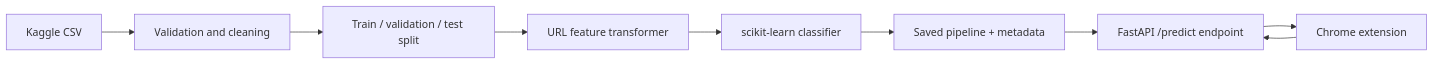
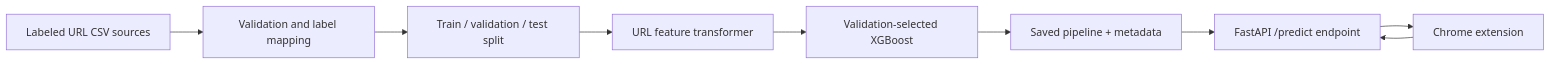
The diagram in docs/architecture.md (Hrichy-0/PhishingURLChecker), drawn with Mermaid before and after one commit. The commit also changed other lines of this file and 39 other files, not shown here.

````diff
--- a/docs/architecture.md
+++ b/docs/architecture.md
@@ -5,11 +5,11 @@
 ```mermaid
 flowchart LR
-    A["Kaggle CSV"] --> B["Validation and cleaning"]
+    A["Labeled URL CSV sources"] --> B["Validation and label mapping"]
     B --> C["Train / validation / test split"]
     C --> D["URL feature transformer"]
-    D --> E["scikit-learn classifier"]
+    D --> E["Validation-selected XGBoost"]
     E --> F["Saved pipeline + metadata"]
     F --> G["FastAPI /predict endpoint"]
     H["Chrome extension"] --> G
     G --> H
 ```
````
